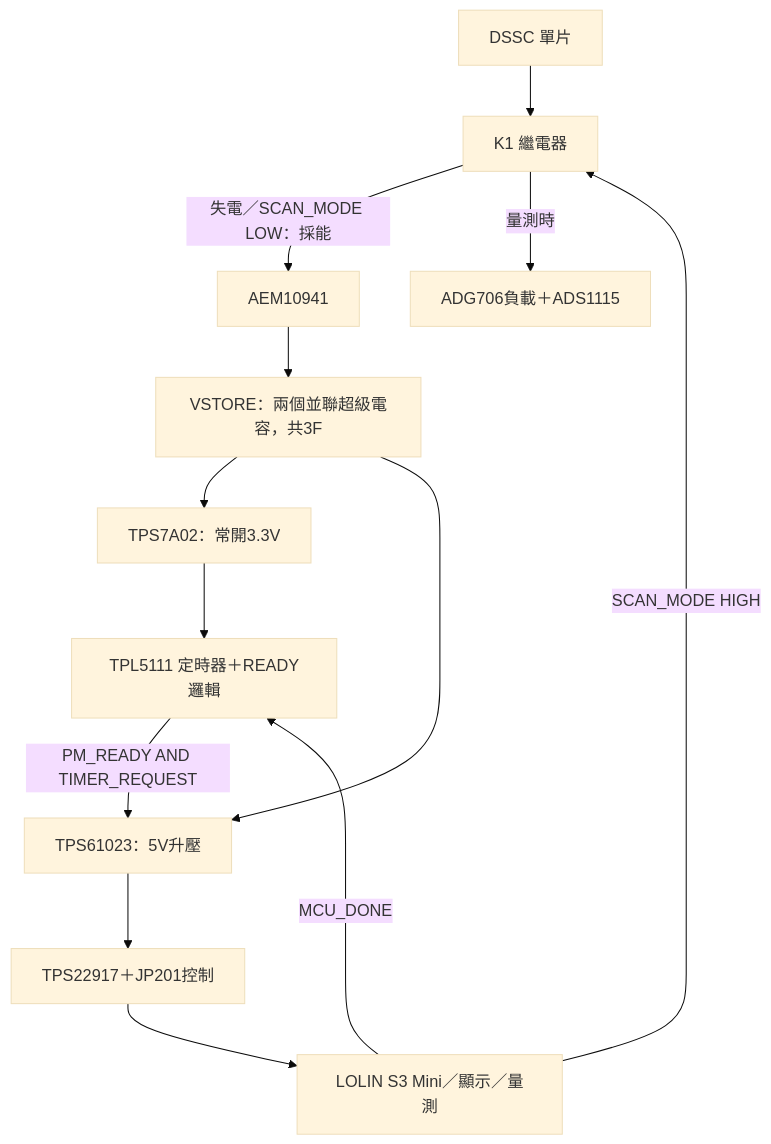
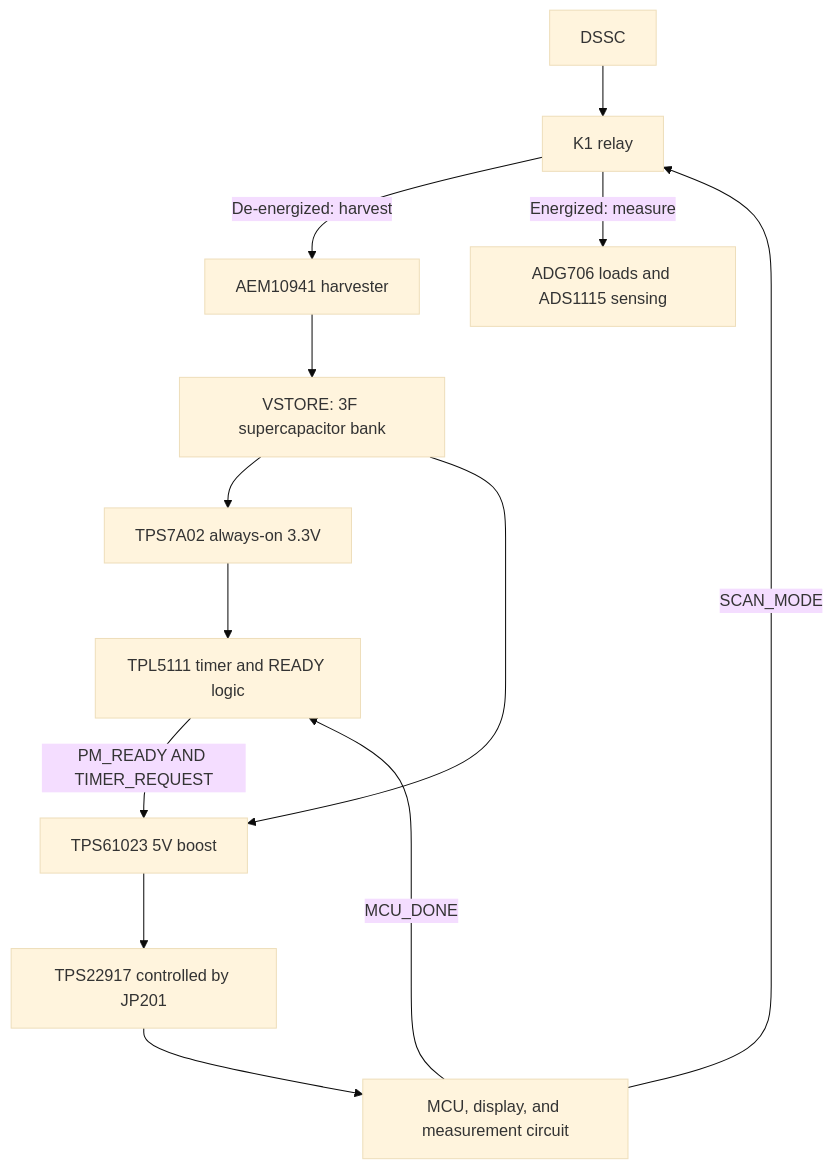
One commit to weiweiweiopen/IVcurve_tester changed the diagram in README.md. Above: the diagram before and after it, drawn with Mermaid (base theme). The commit also changed other lines of this file and 3 other files, not shown here.

````diff
--- a/README.md
+++ b/README.md
@@ -41,15 +47,15 @@
 ```mermaid
 flowchart TD
-    DSSC[DSSC 單片] --> K1[K1 繼電器]
-    K1 -->|失電／SCAN_MODE LOW：採能| AEM[AEM10941]
-    AEM --> STORE[VSTORE：兩個並聯超級電容，共3F]
-    STORE --> AON[TPS7A02：常開3.3V]
-    AON --> TIMER[TPL5111 定時器＋READY邏輯]
-    TIMER -->|PM_READY AND TIMER_REQUEST| BOOST[TPS61023：5V升壓]
+    DSSC[DSSC] --> K1[K1 relay]
+    K1 -->|De-energized: harvest| AEM[AEM10941 harvester]
+    AEM --> STORE[VSTORE: 3F supercapacitor bank]
+    STORE --> AON[TPS7A02 always-on 3.3V]
+    AON --> CONTROL[TPL5111 timer and READY logic]
+    CONTROL -->|PM_READY AND TIMER_REQUEST| BOOST[TPS61023 5V boost]
     STORE --> BOOST
-    BOOST --> SWITCH[TPS22917＋JP201控制]
-    SWITCH --> MCU[LOLIN S3 Mini／顯示／量測]
-    MCU -->|SCAN_MODE HIGH| K1
-    K1 -->|量測時| LOAD[ADG706負載＋ADS1115]
-    MCU -->|MCU_DONE| TIMER
+    BOOST --> SWITCH[TPS22917 controlled by JP201]
+    SWITCH --> MCU[MCU, display, and measurement circuit]
+    MCU -->|SCAN_MODE| K1
+    K1 -->|Energized: measure| LOAD[ADG706 loads and ADS1115 sensing]
+    MCU -->|MCU_DONE| CONTROL
 ```
````
